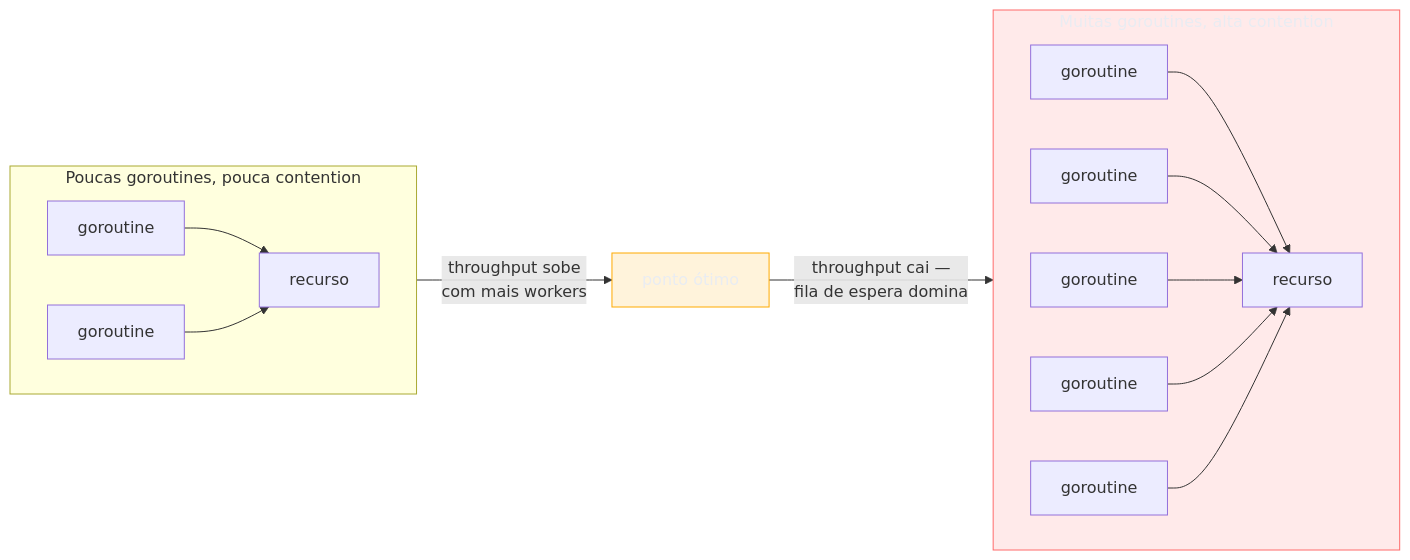
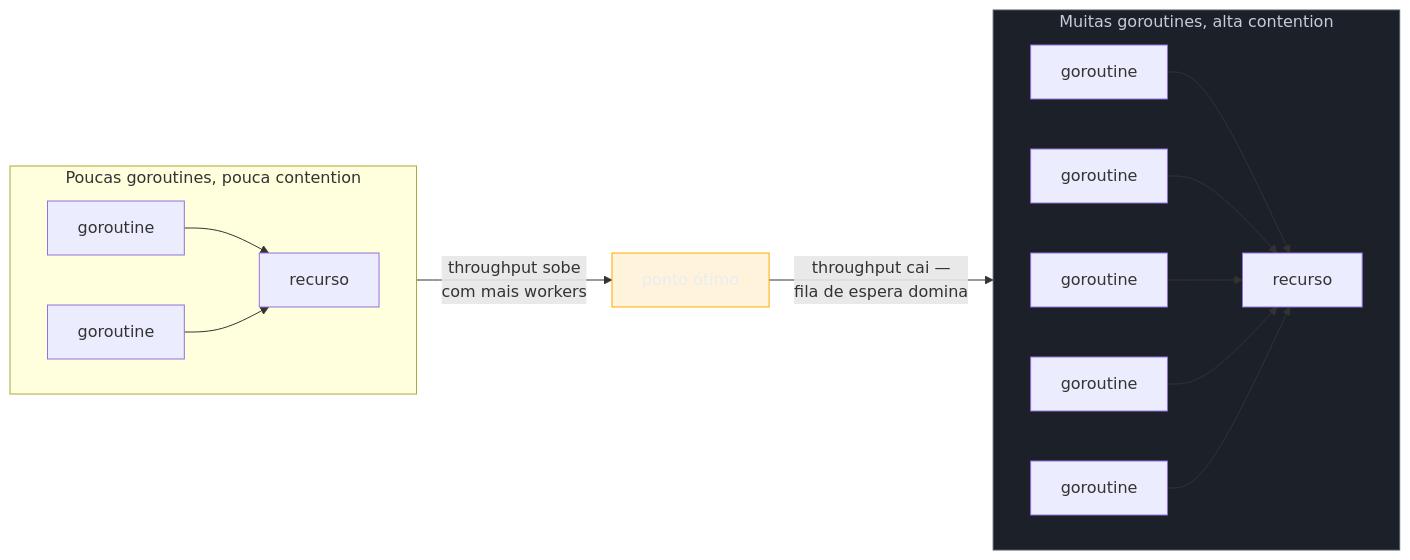
Before and after one commit to josenaldo/codex-technomanticus: the second of 2 diagrams in 03-Dominios/Tecnologia/Go/07 - Goroutines e o scheduler/08 - Quando (não) usar goroutines.md, drawn with Mermaid. The commit also changed 601 other files, not shown here.

````diff
--- a/03-Dominios/Tecnologia/Go/07 - Goroutines e o scheduler/08 - Quando (não) usar goroutines.md
+++ b/03-Dominios/Tecnologia/Go/07 - Goroutines e o scheduler/08 - Quando (não) usar goroutines.md
@@ -197,24 +197,24 @@
 ```mermaid
 flowchart LR
+    classDef neutro fill:#1B2029,stroke:#4E5666,color:#C6CCD8
     classDef destaque fill:#FFAA0024,stroke:#FFAA00,color:#E9ECF2
-    classDef falha fill:#FF6B6B24,stroke:#FF6B6B,color:#E9ECF2
     subgraph Baixo["Poucas goroutines, pouca contention"]
         direction LR
         G1["goroutine"] --> R1["recurso"]
         G2["goroutine"] --> R1
     end
     subgraph Alto["Muitas goroutines, alta contention"]
         direction LR
         H1["goroutine"] --> S1["recurso"]
         H2["goroutine"] --> S1
         H3["goroutine"] --> S1
         H4["goroutine"] --> S1
         H5["goroutine"] --> S1
     end
 
     Baixo -->|"throughput sobe\ncom mais workers"| Ideal["ponto ótimo"]
     Ideal -->|"throughput cai —\nfila de espera domina"| Alto
 
     class Ideal destaque
-    class Alto falha
+    class Alto neutro
 ```
````
